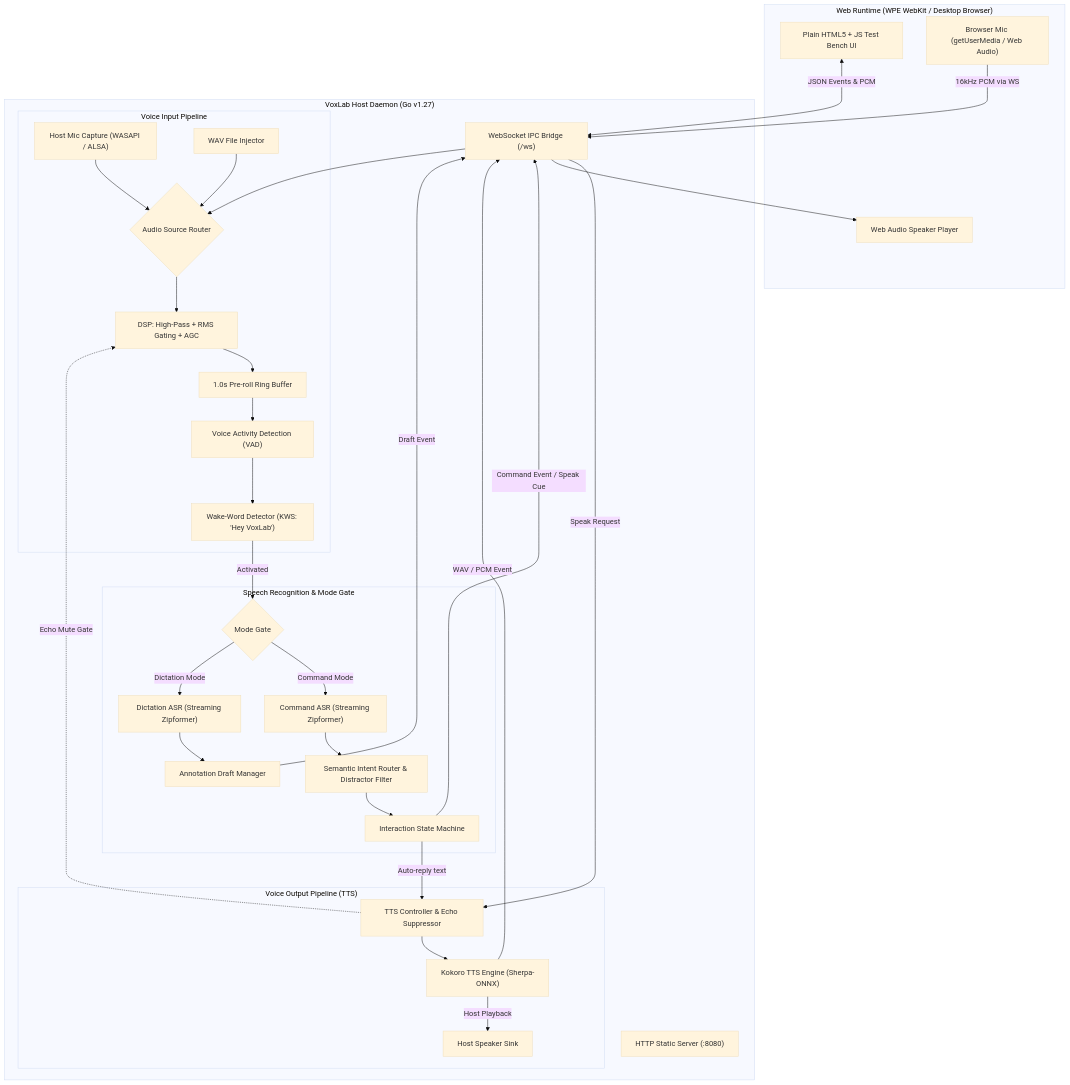
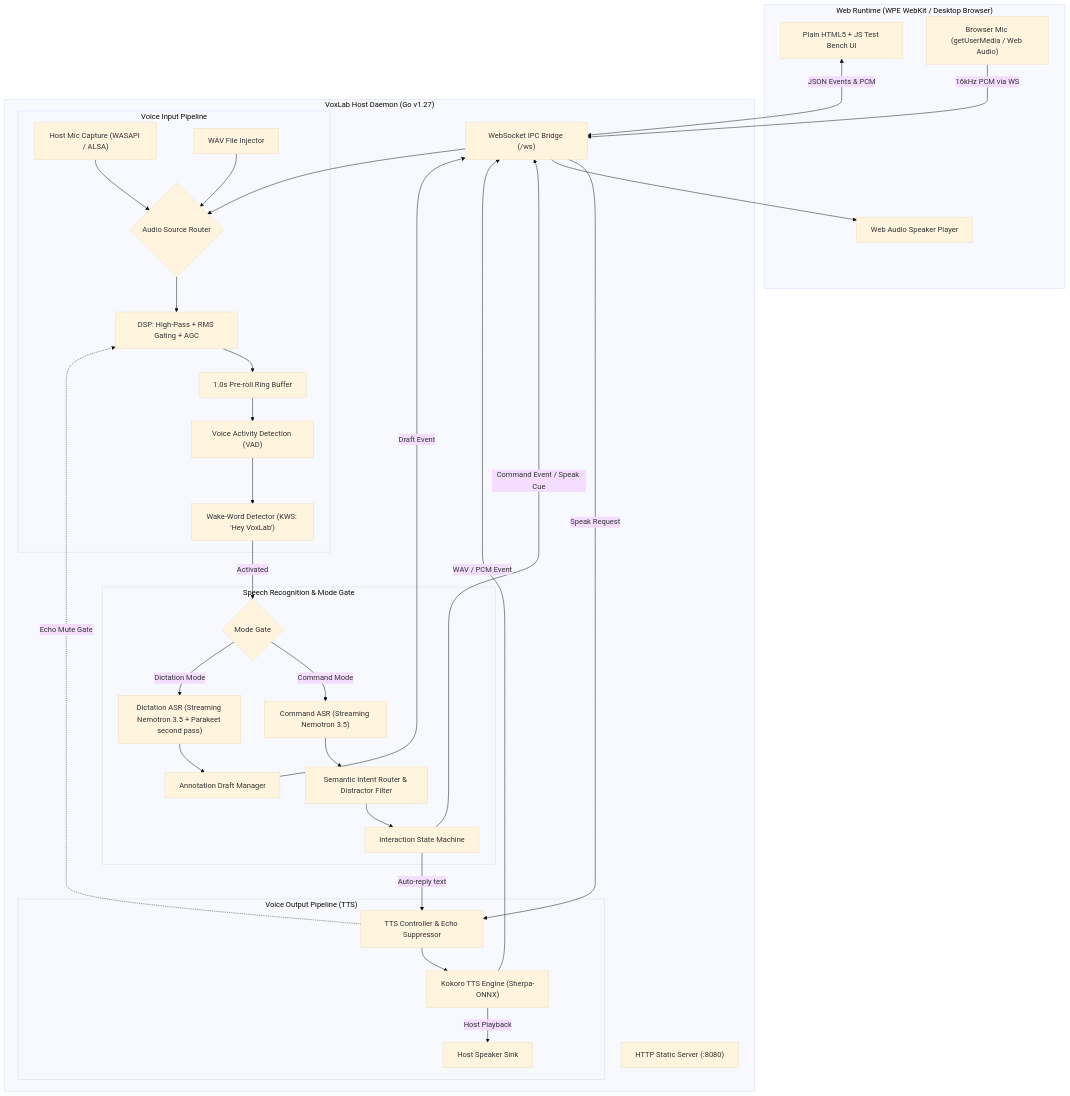
One commit to Alexander-68/voxlab changed the diagram in ref/voxlab_architecture_plan.md. Above: the diagram before and after it, drawn with Mermaid (base theme). The commit also changed other lines of this file and 14 other files, not shown here.

First line of the commit message:
fix: vet warnings, second-pass cut, single formatter, WAV and resample edge cases

````diff
--- a/ref/voxlab_architecture_plan.md
+++ b/ref/voxlab_architecture_plan.md
@@ -53,67 +53,67 @@
 ```mermaid
 flowchart TD
     subgraph Browser["Web Runtime (WPE WebKit / Desktop Browser)"]
         UI["Plain HTML5 + JS Test Bench UI"]
         WebMic["Browser Mic (getUserMedia / Web Audio)"]
         WebSpk["Web Audio Speaker Player"]
     end
 
     subgraph GoServer["VoxLab Host Daemon (Go v1.27)"]
         HTTP["HTTP Static Server (:8080)"]
         WS["WebSocket IPC Bridge (/ws)"]
 
         subgraph AudioIn["Voice Input Pipeline"]
             InputRouter{"Audio Source Router"}
             HostMic["Host Mic Capture (WASAPI / ALSA)"]
             WavInject["WAV File Injector"]
             PreProc["DSP: High-Pass + RMS Gating + AGC"]
             RingBuf["1.0s Pre-roll Ring Buffer"]
             VAD["Voice Activity Detection (VAD)"]
             KWS["Wake-Word Detector (KWS: 'Hey VoxLab')"]
         end
 
         subgraph Dispatch["Speech Recognition & Mode Gate"]
             ModeGate{"Mode Gate"}
-            CmdASR["Command ASR (Streaming Zipformer)"]
+            CmdASR["Command ASR (Streaming Nemotron 3.5)"]
             IntentRouter["Semantic Intent Router & Distractor Filter"]
             PolicySM["Interaction State Machine"]
-            DictASR["Dictation ASR (Streaming Zipformer)"]
+            DictASR["Dictation ASR (Streaming Nemotron 3.5 + Parakeet second pass)"]
             DraftMgr["Annotation Draft Manager"]
         end
 
         subgraph AudioOut["Voice Output Pipeline (TTS)"]
             TTSController["TTS Controller & Echo Suppressor"]
             Kokoro["Kokoro TTS Engine (Sherpa-ONNX)"]
             HostSpk["Host Speaker Sink"]
         end
     end
 
     WebMic -->|"16kHz PCM via WS"| WS
     WS --> InputRouter
     HostMic --> InputRouter
     WavInject --> InputRouter
     InputRouter --> PreProc
     PreProc --> RingBuf
     RingBuf --> VAD
     VAD --> KWS
     KWS -->|"Activated"| ModeGate
 
     ModeGate -->|"Command Mode"| CmdASR
     CmdASR --> IntentRouter
     IntentRouter --> PolicySM
     PolicySM -->|"Command Event / Speak Cue"| WS
     PolicySM -->|"Auto-reply text"| TTSController
 
     ModeGate -->|"Dictation Mode"| DictASR
     DictASR --> DraftMgr
     DraftMgr -->|"Draft Event"| WS
 
     WS -->|"Speak Request"| TTSController
     TTSController --> Kokoro
     Kokoro -->|"Host Playback"| HostSpk
     Kokoro -->|"WAV / PCM Event"| WS
     WS --> WebSpk
 
     TTSController -.->|"Echo Mute Gate"| PreProc
     UI <-->|"JSON Events & PCM"| WS
 ```
````
